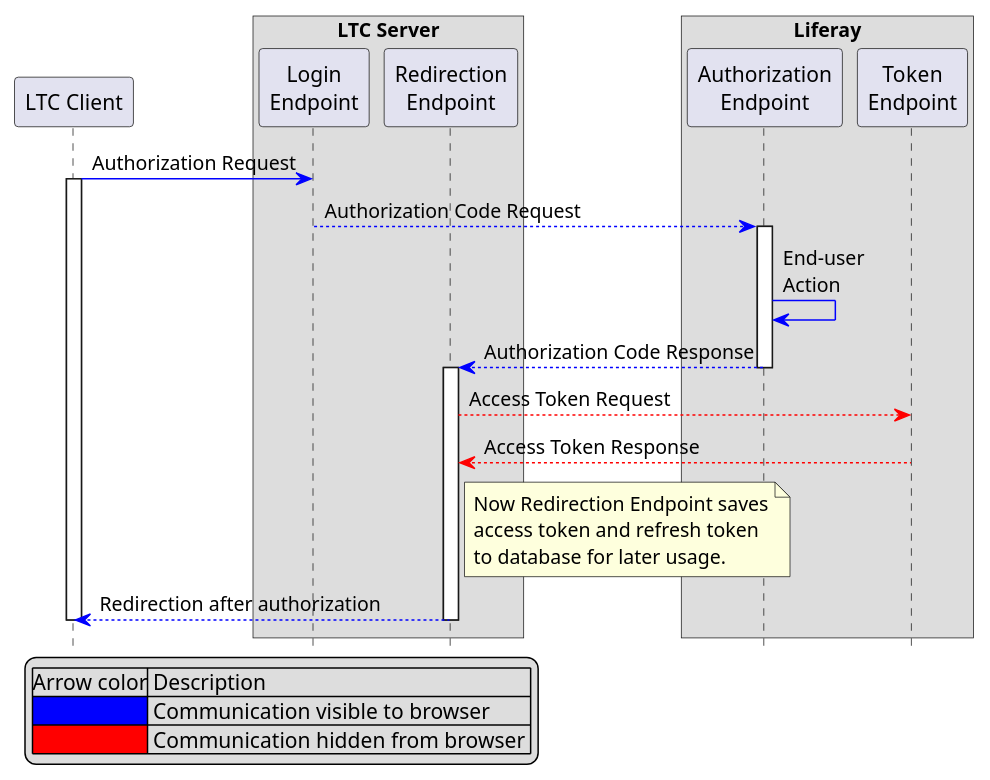
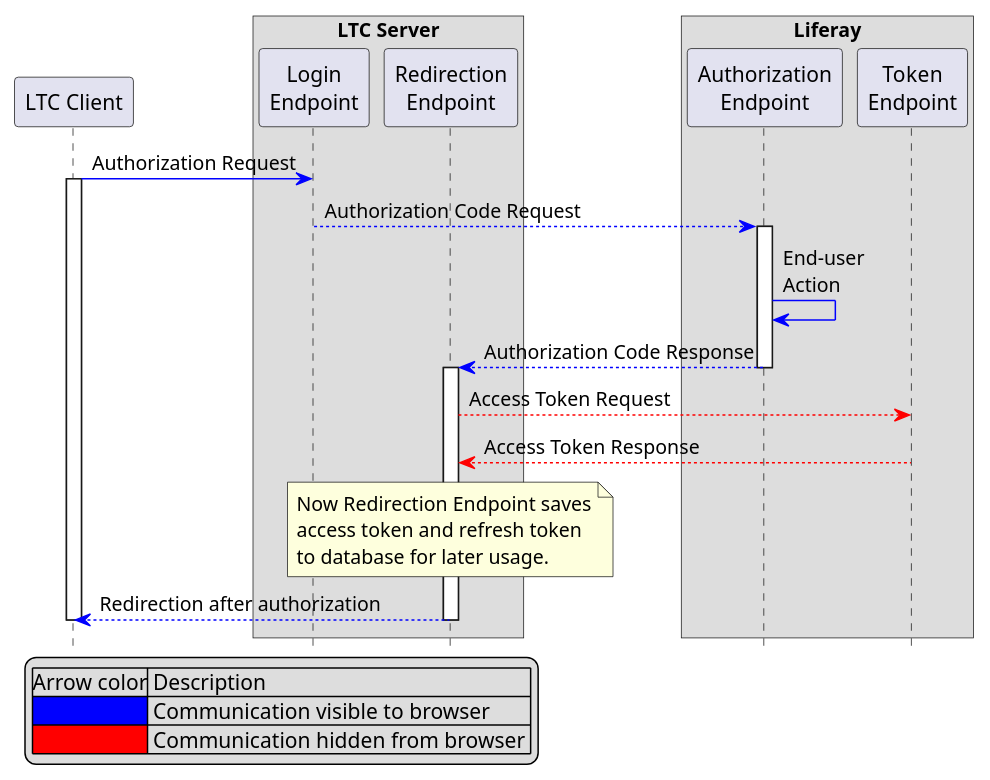
Before and after one commit to LayerManager/layman: the diagram in doc/oauth2-auth-code.puml, drawn with PlantUML. The commit also changed 3 other files, not shown here.

```diff
--- a/doc/oauth2-auth-code.puml
+++ b/doc/oauth2-auth-code.puml
@@ -1,41 +1,41 @@
 @startuml
 hide footbox
 participant "LTC Client" as ltcc
 
 box "LTC Server"
     participant "Login\nEndpoint" as ltcslogin
     participant "Redirection\nEndpoint" as ltcsredir
 end box
 
 box "Liferay"
 	participant "Authorization\nEndpoint" as lrauth
 	participant "Token\nEndpoint" as lrtoken
 end box
 
 
 ltcc [#0000FF]-> ltcslogin: Authorization Request
 activate ltcc
 ltcslogin [#0000FF]--> lrauth: Authorization Code Request
 activate lrauth
 lrauth [#0000FF]-> lrauth: End-user\nAction
 lrauth [#0000FF]--> ltcsredir: Authorization Code Response
 deactivate lrauth
 activate ltcsredir
 ltcsredir [#ff0000]--> lrtoken: Access Token Request
 lrtoken [#ff0000]--> ltcsredir: Access Token Response
-note right of ltcsredir
+note over ltcsredir
     Now Redirection Endpoint saves
     access token and refresh token
     to database for later usage.
 end note
 ltcsredir [#0000FF]--> ltcc: Redirection after authorization
 deactivate ltcsredir
 deactivate ltcc
 
 legend left
     |Arrow color| Description |
     |<#0000FF>| Communication visible to browser |
     |<#FF0000>| Communication hidden from browser |
 endlegend
 
 @enduml
```
